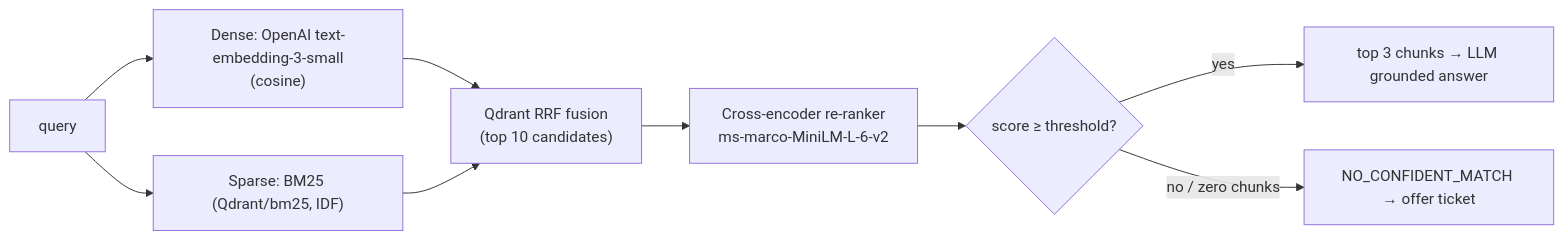
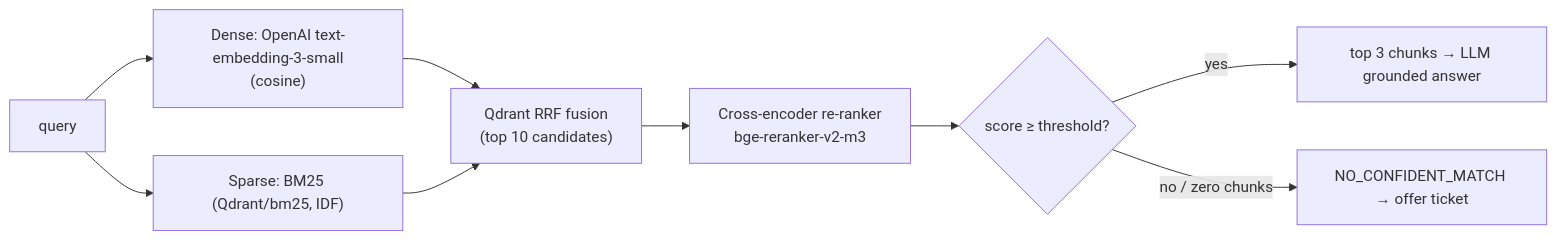
One commit to medha-joshi/moxa-smartdesk-ai changed the second of 4 diagrams in README.md. Above: the diagram before and after it, drawn with Mermaid. The commit also changed other lines of this file and 36 other files, not shown here.

````diff
--- a/README.md
+++ b/README.md
@@ -38,11 +75,11 @@
 ```mermaid
 flowchart LR
     Q[query] --> D["Dense: OpenAI text-embedding-3-small<br/>(cosine)"]
     Q --> SP["Sparse: BM25 (Qdrant/bm25, IDF)"]
     D --> F["Qdrant RRF fusion<br/>(top 10 candidates)"]
     SP --> F
-    F --> RR["Cross-encoder re-ranker<br/>ms-marco-MiniLM-L-6-v2"]
+    F --> RR["Cross-encoder re-ranker<br/>bge-reranker-v2-m3"]
     RR --> T{"score ≥ threshold?"}
     T -- yes --> C["top 3 chunks → LLM grounded answer"]
     T -- no / zero chunks --> N["NO_CONFIDENT_MATCH → offer ticket"]
 ```
````
